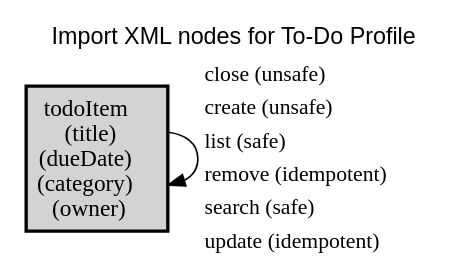
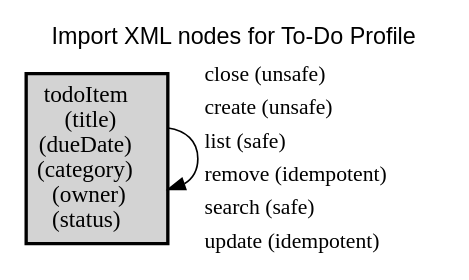
Before and after one commit to alps-io/alps-asd-playground: the diagram in xml-samples/test.dot, drawn with Graphviz. The commit also changed 15 other files, not shown here.

```diff
--- a/xml-samples/test.dot
+++ b/xml-samples/test.dot
@@ -1,15 +1,15 @@
 digraph application_state_diagram {
   graph [
     labelloc="t";
     fontname="Helvetica"
     label="Import XML nodes for To-Do Profile";
     URL="index.html" target="_parent"
   ];
   node [shape = box, style = "bold,filled" fillcolor="lightgray"];
 
-    todoItem [margin=0.02, label=<<table cellspacing="0" cellpadding="5" border="0"><tr><td>todoItem<br />(title)<br />(dueDate)<br />(category)<br />(owner)<br /></td></tr></table>>,shape=box URL="docs/semantic.todoItem.html" target="_parent"]
+    todoItem [margin=0.02, label=<<table cellspacing="0" cellpadding="5" border="0"><tr><td>todoItem<br />(title)<br />(dueDate)<br />(category)<br />(owner)<br />(status)<br /></td></tr></table>>,shape=box URL="docs/semantic.todoItem.html" target="_parent"]
 
     todoItem -> todoItem [label=<<table  border="0"><tr><td align="left" href="docs/unsafe.close.html">close (unsafe)</td></tr><tr><td align="left" href="docs/unsafe.create.html">create (unsafe)</td></tr><tr><td align="left" href="docs/safe.list.html">list (safe)</td></tr><tr><td align="left" href="docs/idempotent.remove.html">remove (idempotent)</td></tr><tr><td align="left" href="docs/safe.search.html">search (safe)</td></tr><tr><td align="left" href="docs/idempotent.update.html">update (idempotent)</td></tr></table>> fontsize=13];
 
 
 }
```
